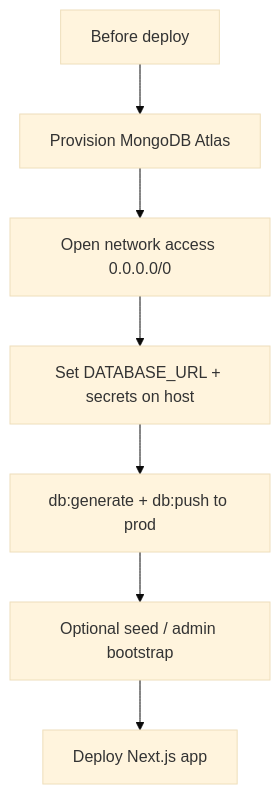
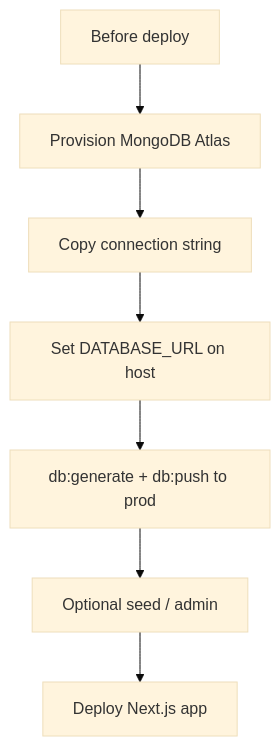
One commit to psmpasupathi009/mlf changed the second of 2 diagrams in prisma_db_docs_3e7e8f9d.plan.md. Above: the diagram before and after it, drawn with Mermaid (base theme). The commit also changed other lines of this file and 9 other files, not shown here.

````diff
--- a/prisma_db_docs_3e7e8f9d.plan.md
+++ b/prisma_db_docs_3e7e8f9d.plan.md
@@ -92,9 +83,9 @@
 ```mermaid
 flowchart TD
   before["Before deploy"] --> provision["Provision MongoDB Atlas"]
-  provision --> network["Open network access 0.0.0.0/0"]
-  network --> envHost["Set DATABASE_URL + secrets on host"]
+  provision --> connect["Copy connection string"]
+  connect --> envHost["Set DATABASE_URL on host"]
   envHost --> pushSchema["db:generate + db:push to prod"]
-  pushSchema --> optionalSeed["Optional seed / admin bootstrap"]
+  pushSchema --> optionalSeed["Optional seed / admin"]
   optionalSeed --> deployApp["Deploy Next.js app"]
 ```
````
